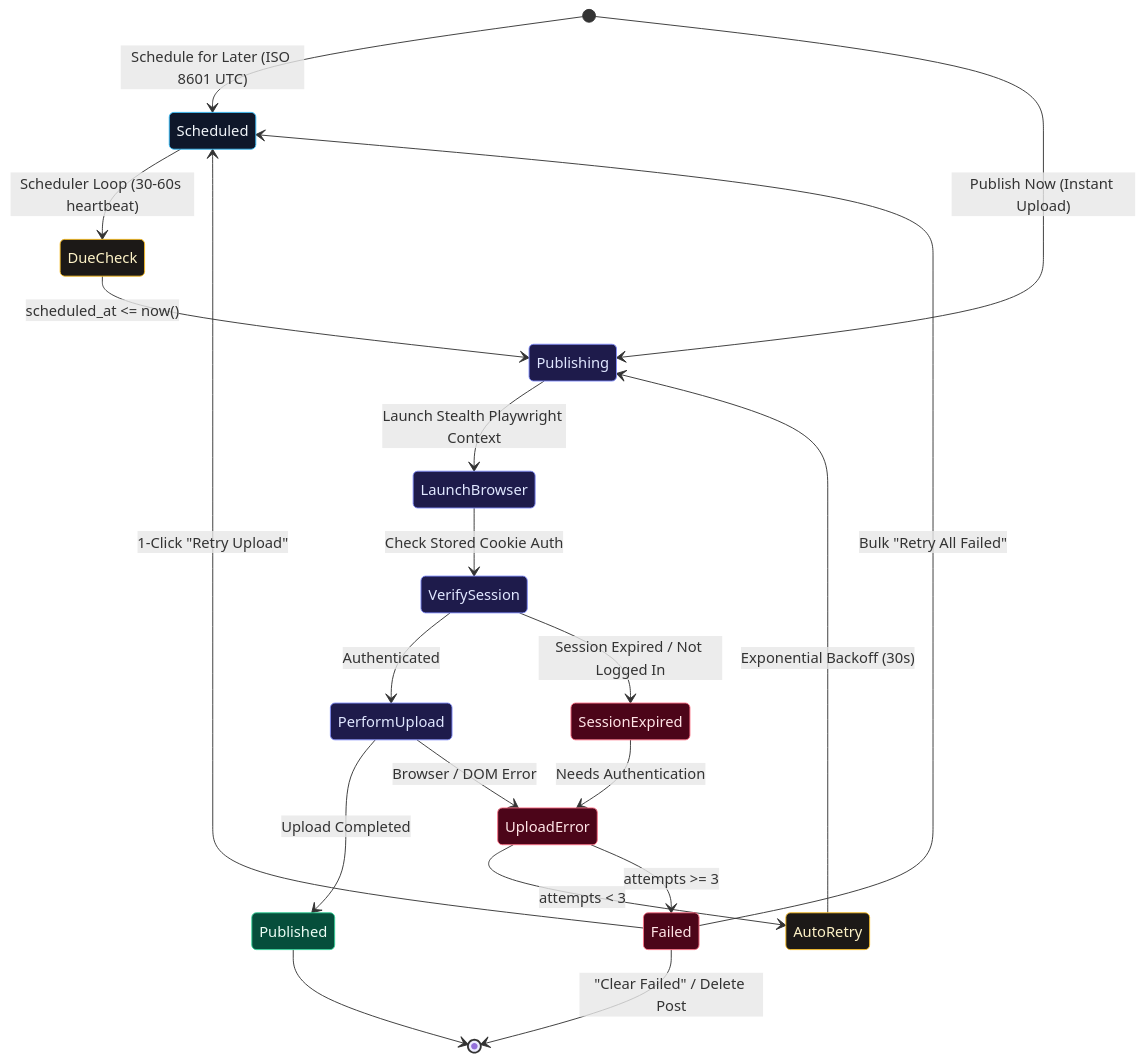
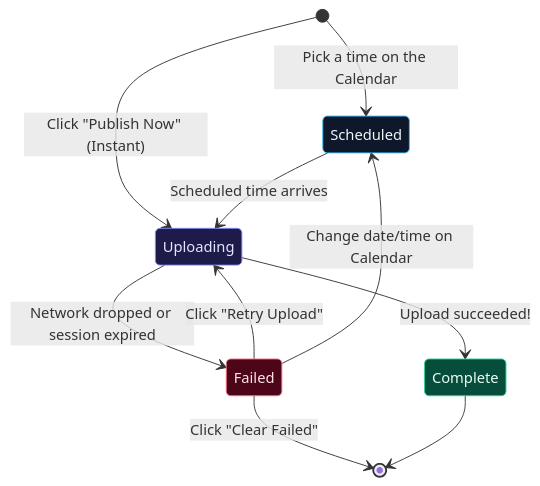
Before and after one commit to DivyamJoshi2005/Alfred: the sixth of 6 diagrams in README.md, drawn with Mermaid. The commit also changed other lines of this file and 1 other file, not shown here.

Commit message:
docs: rewrite READMEs in human-friendly, plain English with clear intuitive flowcharts

````diff
--- a/README.md
+++ b/README.md
@@ -498,40 +258,26 @@
 ```mermaid
 stateDiagram-v2
     classDef scheduled fill:#0f172a,stroke:#38bdf8,color:#f1f5f9
     classDef active fill:#1e1b4b,stroke:#818cf8,color:#e0e7ff
     classDef success fill:#064e3b,stroke:#34d399,color:#ecfdf5
     classDef error fill:#4c0519,stroke:#fb7185,color:#ffe4e6
-    classDef retry fill:#1c1917,stroke:#fbbf24,color:#fef3c7
 
-    [*] --> Scheduled: Schedule for Later (ISO 8601 UTC)
-    [*] --> Publishing: Publish Now (Instant Upload)
+    [*] --> Scheduled: Pick a time on the Calendar
+    [*] --> Uploading: Click "Publish Now" (Instant)
 
-    Scheduled --> DueCheck: Scheduler Loop (30-60s heartbeat)
-    DueCheck --> Publishing: scheduled_at <= now()
+    Scheduled --> Uploading: Scheduled time arrives
 
-    Publishing --> LaunchBrowser: Launch Stealth Playwright Context
-    LaunchBrowser --> VerifySession: Check Stored Cookie Auth
+    Uploading --> Complete: Upload succeeded!
+    Uploading --> Failed: Network dropped or session expired
 
-    VerifySession --> PerformUpload: Authenticated
-    VerifySession --> SessionExpired: Session Expired / Not Logged In
+    Failed --> Uploading: Click "Retry Upload"
+    Failed --> Scheduled: Change date/time on Calendar
+    Failed --> [*]: Click "Clear Failed"
 
-    PerformUpload --> Published: Upload Completed
-    PerformUpload --> UploadError: Browser / DOM Error
-    SessionExpired --> UploadError: Needs Authentication
-
-    UploadError --> AutoRetry: attempts < 3
-    AutoRetry --> Publishing: Exponential Backoff (30s)
-
-    UploadError --> Failed: attempts >= 3
-    Failed --> Scheduled: 1-Click "Retry Upload"
-    Failed --> Scheduled: Bulk "Retry All Failed"
-    Failed --> [*]: "Clear Failed" / Delete Post
-
-    Published --> [*]
+    Complete --> [*]
 
     class Scheduled scheduled
-    class Publishing,LaunchBrowser,VerifySession,PerformUpload active
-    class Published success
-    class SessionExpired,UploadError,Failed error
-    class DueCheck,AutoRetry retry
+    class Uploading active
+    class Complete success
+    class Failed error
 ```
````
